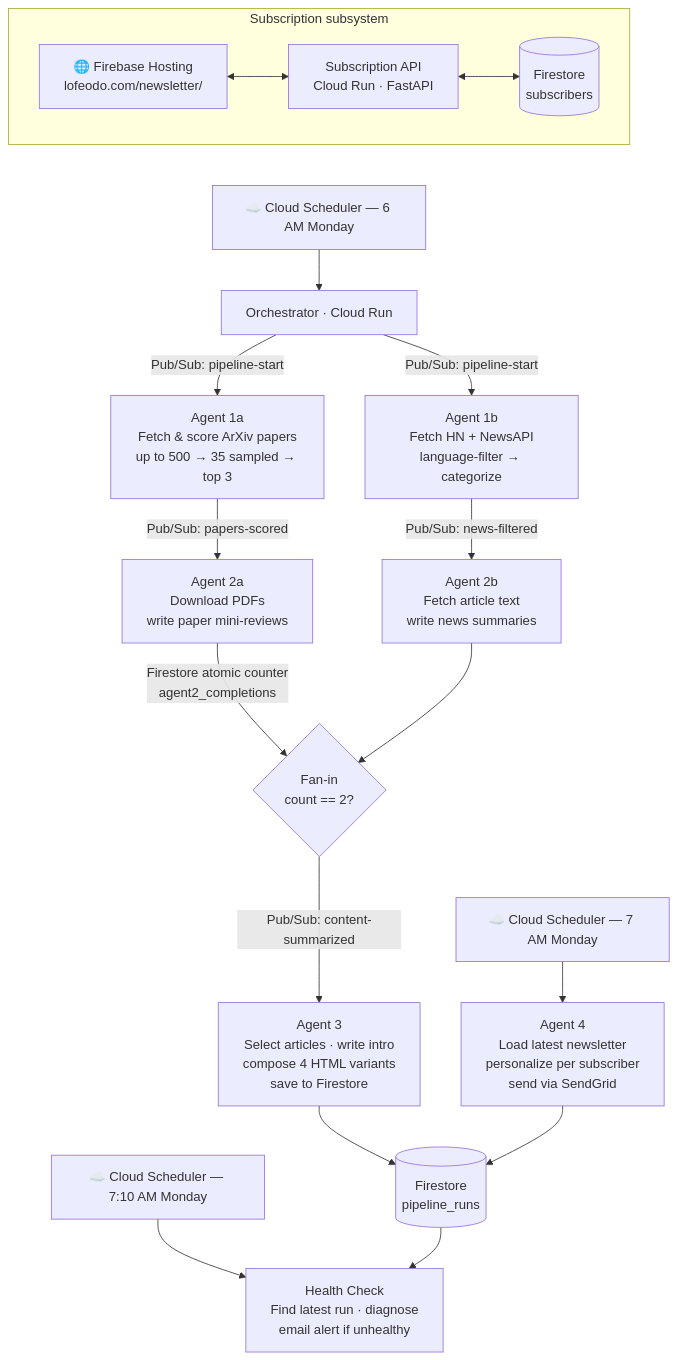
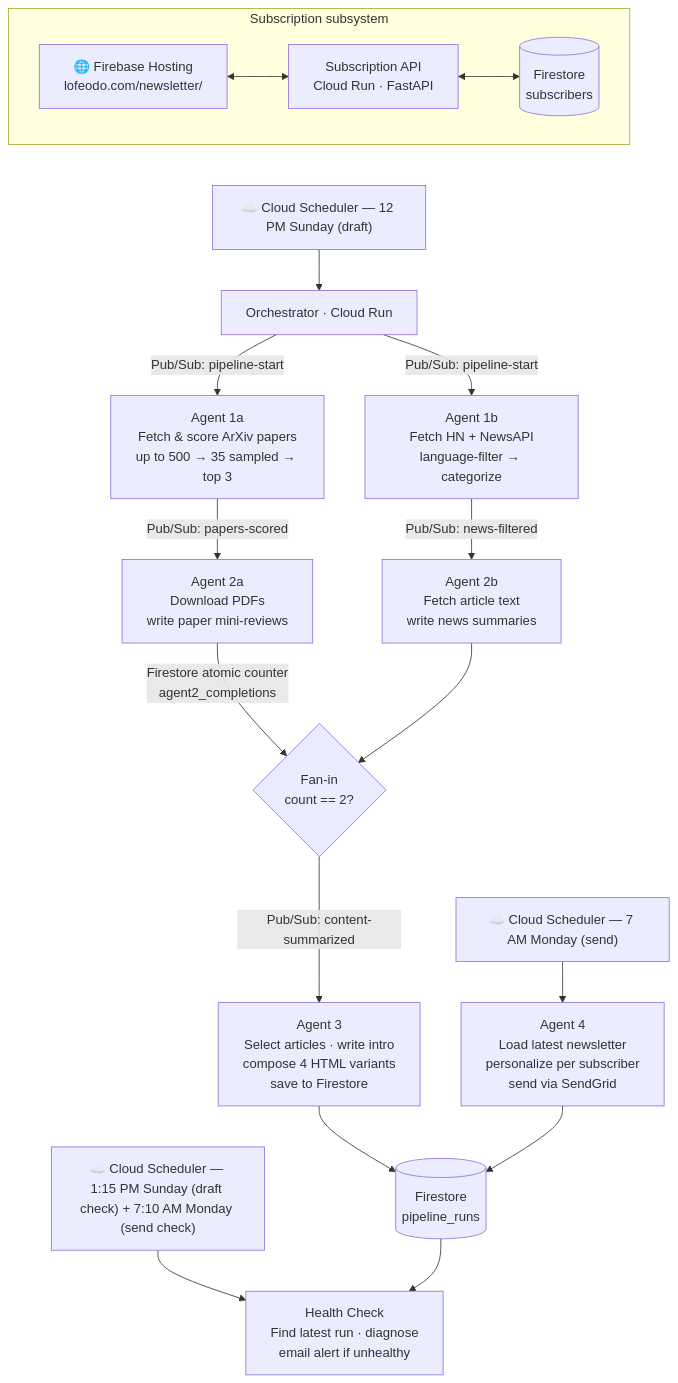
One commit to lofeodo/ai-news-agent changed the first of 2 diagrams in README.md. Above: the diagram before and after it, drawn with Mermaid. The commit also changed 2 other files, not shown here.

Commit message:
docs: new Sunday draft / Monday send schedule
Claude-Session: https://claude.ai/code/session_01LCt686cgkLCQFbtnue6dQj

````diff
--- a/README.md
+++ b/README.md
@@ -9,33 +9,33 @@
 ```mermaid
 flowchart TB
     subgraph SUB["Subscription subsystem"]
         direction LR
         FE["🌐 Firebase Hosting\nlofeodo.com/newsletter/"] <--> SUBS["Subscription API\nCloud Run · FastAPI"]
         SUBS <--> FSS[("Firestore\nsubscribers")]
     end
 
     SUB ~~~ CS1
 
-    CS1["☁️ Cloud Scheduler — 6 AM Monday"] --> ORC["Orchestrator · Cloud Run"]
+    CS1["☁️ Cloud Scheduler — 12 PM Sunday (draft)"] --> ORC["Orchestrator · Cloud Run"]
 
     ORC -->|"Pub/Sub: pipeline-start"| A1A["Agent 1a\nFetch & score ArXiv papers\nup to 500 → 35 sampled → top 3"]
     ORC -->|"Pub/Sub: pipeline-start"| A1B["Agent 1b\nFetch HN + NewsAPI\nlanguage-filter → categorize"]
 
     A1A -->|"Pub/Sub: papers-scored"| A2A["Agent 2a\nDownload PDFs\nwrite paper mini-reviews"]
     A1B -->|"Pub/Sub: news-filtered"| A2B["Agent 2b\nFetch article text\nwrite news summaries"]
 
     A2A -->|"Firestore atomic counter\nagent2_completions"| FAN{"Fan-in\ncount == 2?"}
     A2B --> FAN
 
     FAN -->|"Pub/Sub: content-summarized"| A3["Agent 3\nSelect articles · write intro\ncompose 4 HTML variants\nsave to Firestore"]
 
     FAN ~~~ CS2
-    CS2["☁️ Cloud Scheduler — 7 AM Monday"] --> A4["Agent 4\nLoad latest newsletter\npersonalize per subscriber\nsend via SendGrid"]
+    CS2["☁️ Cloud Scheduler — 7 AM Monday (send)"] --> A4["Agent 4\nLoad latest newsletter\npersonalize per subscriber\nsend via SendGrid"]
 
     A3 --> FSP[("Firestore\npipeline_runs")]
     A4 --> FSP
 
     FAN ~~~ CS3
-    CS3["☁️ Cloud Scheduler — 7:10 AM Monday"] --> HC["Health Check\nFind latest run · diagnose\nemail alert if unhealthy"]
+    CS3["☁️ Cloud Scheduler — 1:15 PM Sunday (draft check) + 7:10 AM Monday (send check)"] --> HC["Health Check\nFind latest run · diagnose\nemail alert if unhealthy"]
     FSP --> HC
 ```
````
